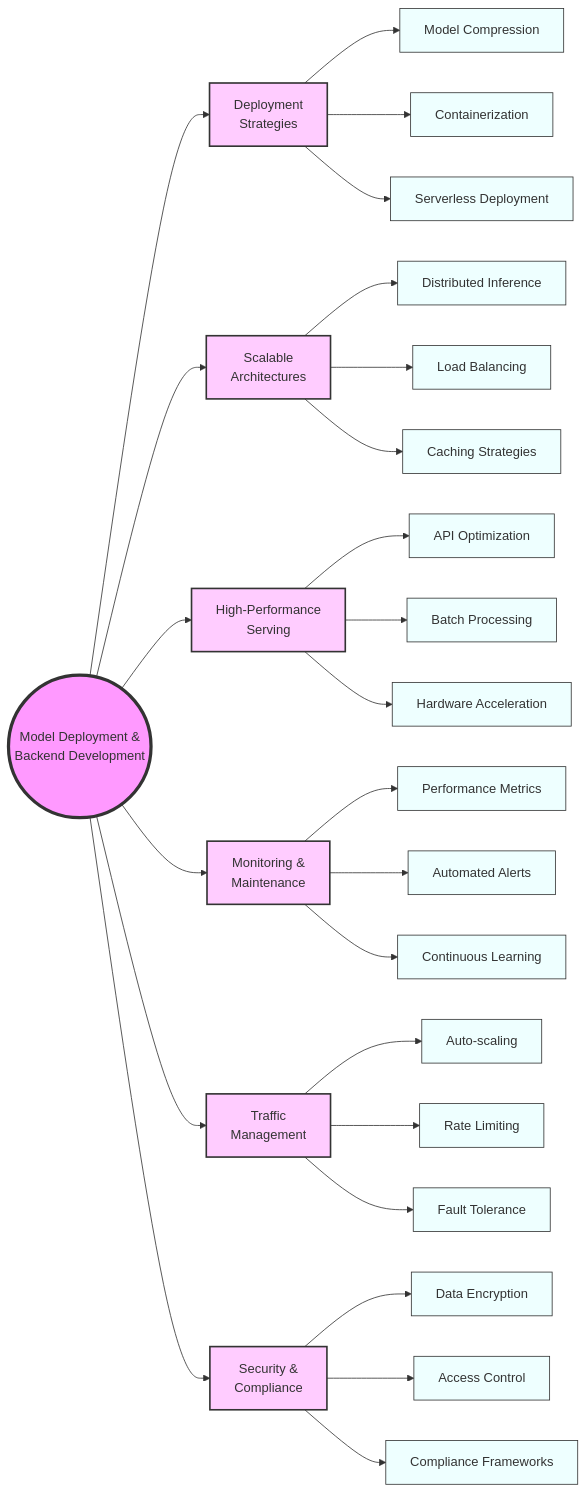
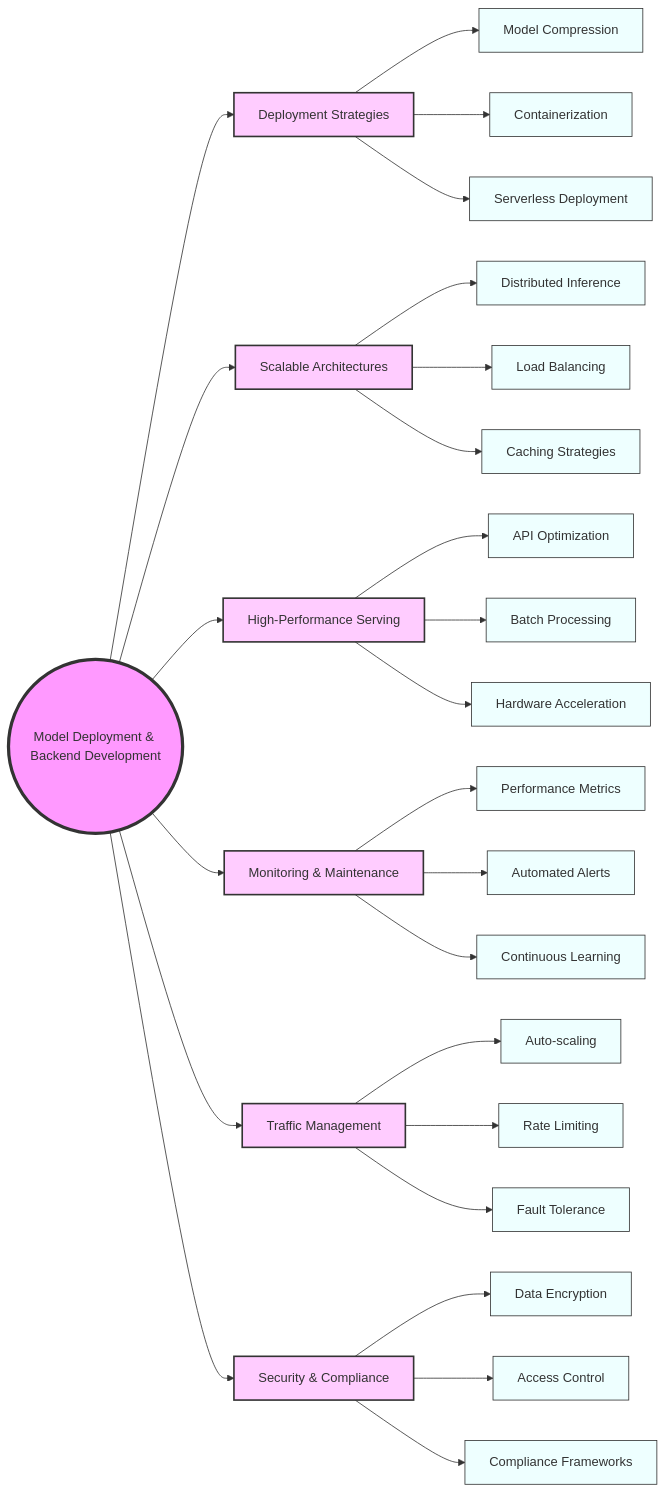
The second of 2 diagrams in notebooks/md/lesson_18_Model_Deployment_and_Backend_Development.md (chenxingqiang/llm-course-chen), drawn with Mermaid before and after one commit. The commit also changed 216 other files, not shown here.

````diff
--- a/notebooks/md/lesson_18_Model_Deployment_and_Backend_Development.md
+++ b/notebooks/md/lesson_18_Model_Deployment_and_Backend_Development.md
@@ -263,48 +263,48 @@
 ```mermaid
 graph LR
-    A(("Model Deployment &<br/>Backend Development"))
+    A(("Model Deployment & Backend Development"))
     
-    B["Deployment<br/>Strategies"]
-    C["Scalable<br/>Architectures"]
-    D["High-Performance<br/>Serving"]
-    E["Monitoring &<br/>Maintenance"]
-    F["Traffic<br/>Management"]
-    G["Security &<br/>Compliance"]
+    B["Deployment Strategies"]
+    C["Scalable Architectures"]
+    D["High-Performance Serving"]
+    E["Monitoring & Maintenance"]
+    F["Traffic Management"]
+    G["Security & Compliance"]
     
     A --> B & C & D & E & F & G
     
     B --> B1["Model Compression"]
     B --> B2["Containerization"]
     B --> B3["Serverless Deployment"]
     
     C --> C1["Distributed Inference"]
     C --> C2["Load Balancing"]
     C --> C3["Caching Strategies"]
     
     D --> D1["API Optimization"]
     D --> D2["Batch Processing"]
     D --> D3["Hardware Acceleration"]
     
     E --> E1["Performance Metrics"]
     E --> E2["Automated Alerts"]
     E --> E3["Continuous Learning"]
     
     F --> F1["Auto-scaling"]
     F --> F2["Rate Limiting"]
     F --> F3["Fault Tolerance"]
     
     G --> G1["Data Encryption"]
     G --> G2["Access Control"]
     G --> G3["Compliance Frameworks"]
 
     style A fill:#f9f,stroke:#333,stroke-width:4px
     style B fill:#fcf,stroke:#333,stroke-width:2px
     style C fill:#fcf,stroke:#333,stroke-width:2px
     style D fill:#fcf,stroke:#333,stroke-width:2px
     style E fill:#fcf,stroke:#333,stroke-width:2px
     style F fill:#fcf,stroke:#333,stroke-width:2px
     style G fill:#fcf,stroke:#333,stroke-width:2px
     
     classDef subTopic fill:#eff,stroke:#333,stroke-width:1px
     class B1,B2,B3,C1,C2,C3,D1,D2,D3,E1,E2,E3,F1,F2,F3,G1,G2,G3 subTopic
 ```
````
